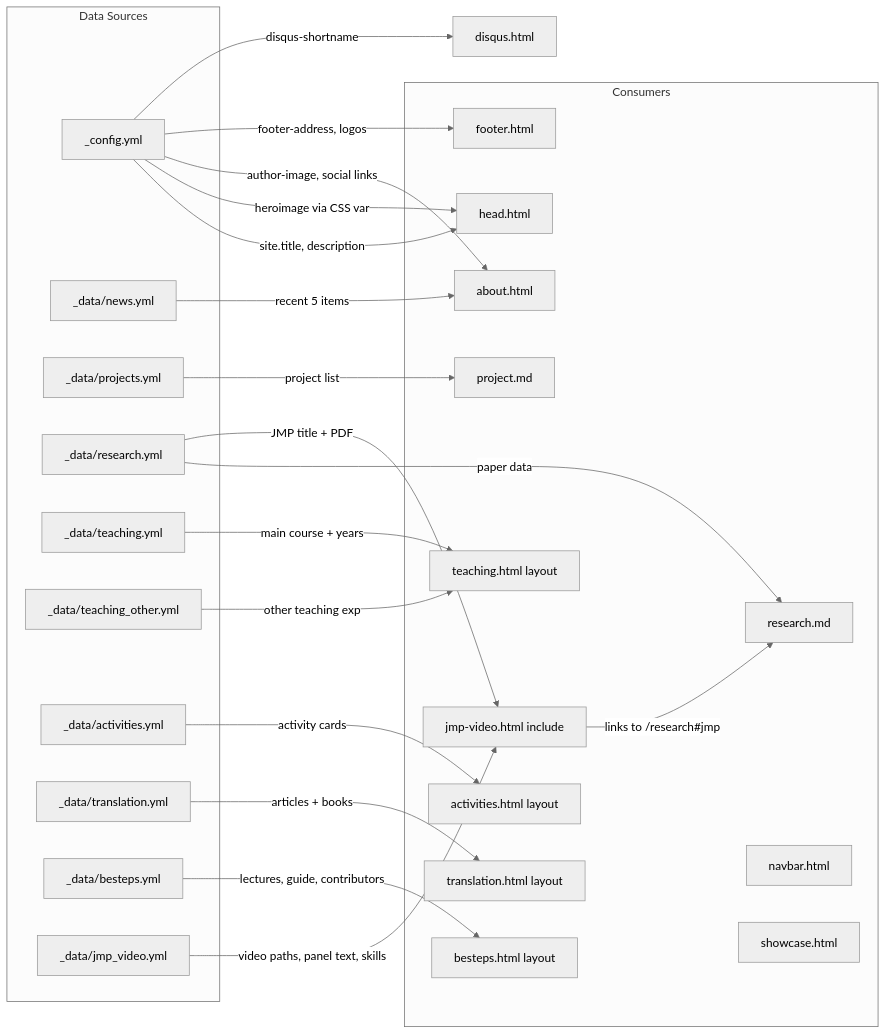
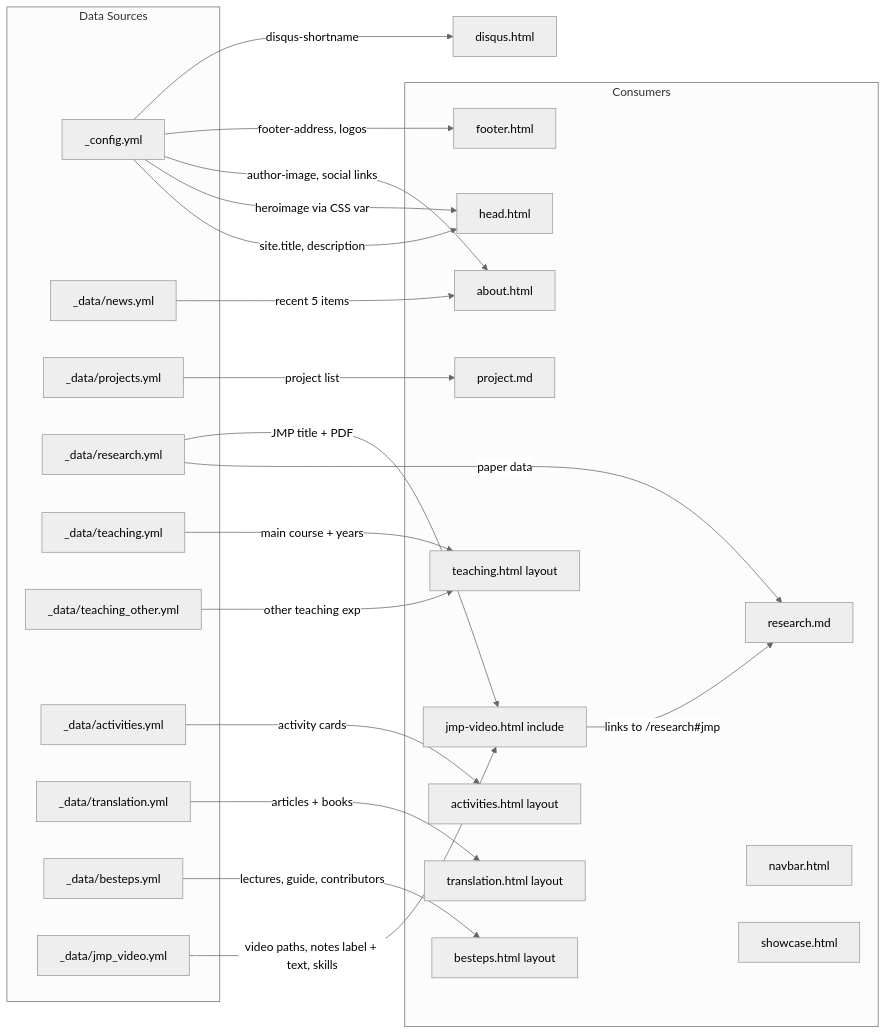
The sixth of 6 diagrams in ARCHITECTURE.md (lin-mengwei/lin-mengwei.github.io), drawn with Mermaid (neutral theme) before and after one commit. The commit also changed other lines of this file and 5 other files, not shown here.

Commit message:
jmp-video

````diff
--- a/ARCHITECTURE.md
+++ b/ARCHITECTURE.md
@@ -268,48 +271,48 @@
 ```mermaid
 graph LR
     subgraph "Data Sources"
         config[_config.yml]
         news[_data/news.yml]
         projects[_data/projects.yml]
         research_yml[_data/research.yml]
         teaching_yml[_data/teaching.yml]
         teaching_other_yml[_data/teaching_other.yml]
         activities_yml[_data/activities.yml]
         translation_yml[_data/translation.yml]
         besteps_yml[_data/besteps.yml]
         jmp_video_yml[_data/jmp_video.yml]
     end
 
     subgraph "Consumers"
         about[about.html] 
         project_page[project.md]
         research_page[research.md]
         teaching_page[teaching.html layout]
         activities_page[activities.html layout]
         translation_page[translation.html layout]
         besteps_page[besteps.html layout]
         jmp_video_page[jmp-video.html include]
         navbar[navbar.html]
         footer[footer.html]
         head[head.html]
         showcase[showcase.html]
     end
 
     config -->|site.title, description| head
     config -->|heroimage via CSS var| head
     config -->|author-image, social links| about
     config -->|footer-address, logos| footer
     config -->|disqus-shortname| disqus[disqus.html]
 
     news -->|recent 5 items| about
     projects -->|project list| project_page
     research_yml -->|paper data| research_page
     teaching_yml -->|main course + years| teaching_page
     teaching_other_yml -->|other teaching exp| teaching_page
     activities_yml -->|activity cards| activities_page
     translation_yml -->|articles + books| translation_page
     besteps_yml -->|lectures, guide, contributors| besteps_page
-    jmp_video_yml -->|video paths, panel text, skills| jmp_video_page
+    jmp_video_yml -->|video paths, notes label + text, skills| jmp_video_page
     research_yml -->|JMP title + PDF| jmp_video_page
     jmp_video_page -->|links to /research#jmp| research_page
 ```
````
